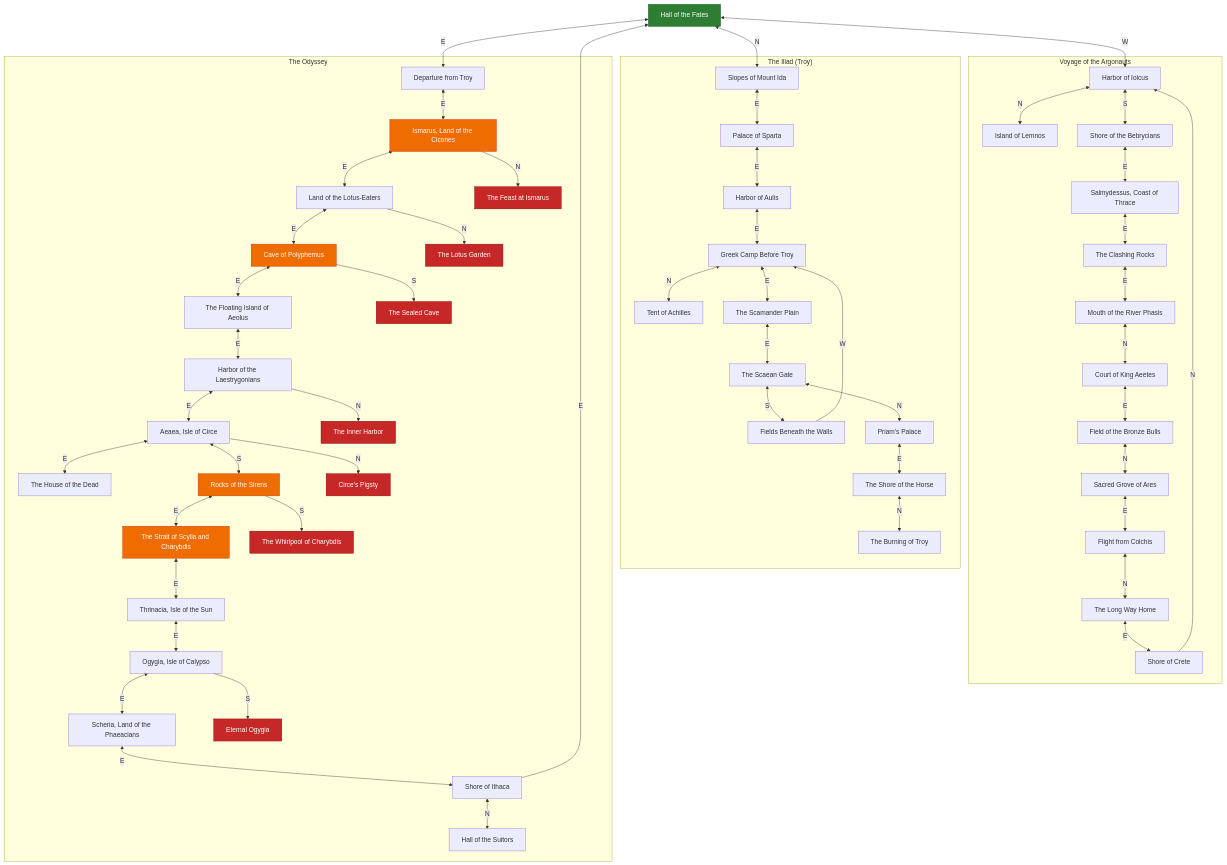
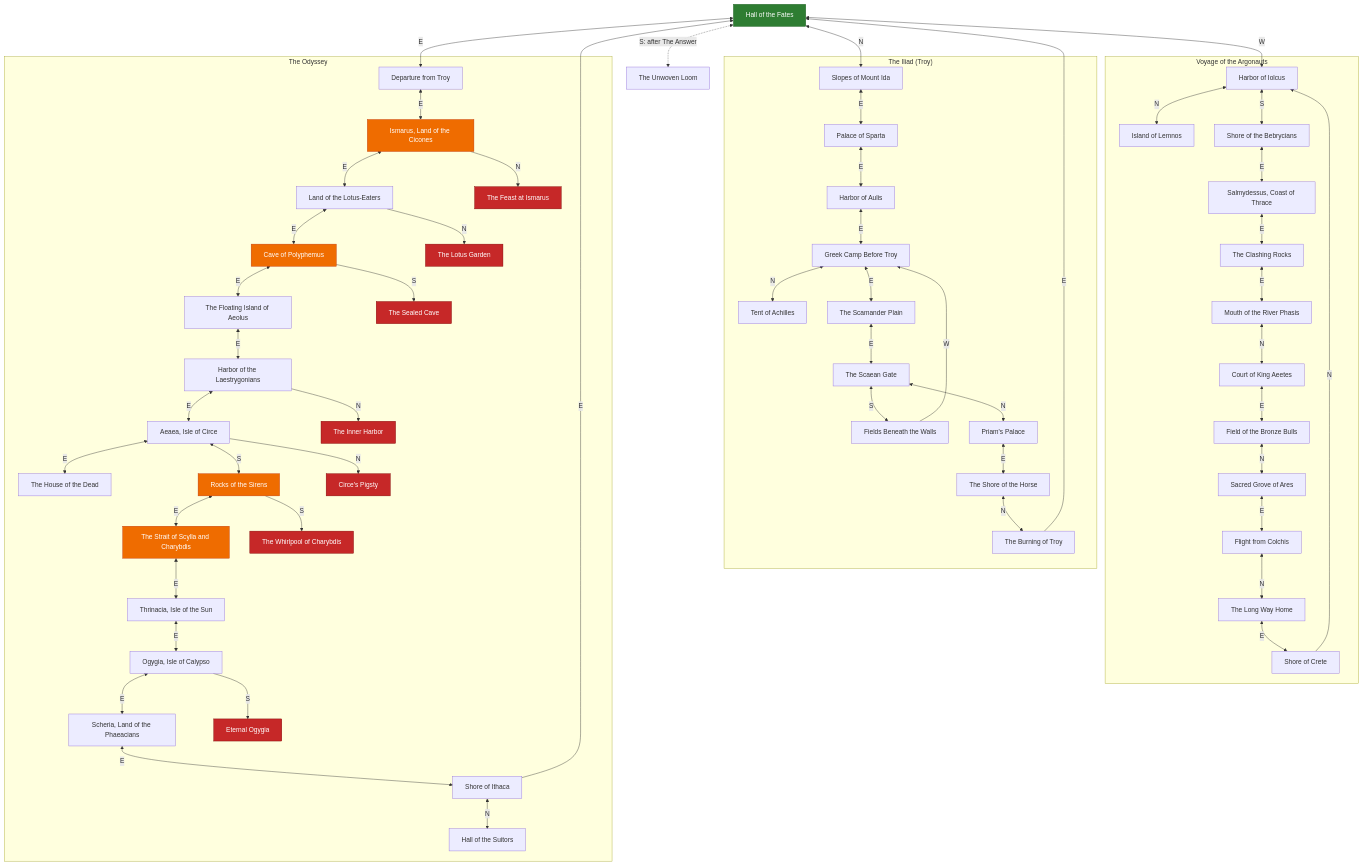
One commit to anju0618/The_Answer_Protocol changed the first of 2 diagrams in README.md. Above: the diagram before and after it, drawn with Mermaid. The commit also changed other lines of this file and 33 other files, not shown here.

````diff
--- a/README.md
+++ b/README.md
@@ -130,6 +130,7 @@
 ```mermaid
 flowchart TB
   hall_of_fates["Hall of the Fates"]
+  unwoven_loom["The Unwoven Loom"]
   subgraph argo_arc["Voyage of the Argonauts"]
     argo_iolcus["Harbor of Iolcus"]
     argo_lemnos["Island of Lemnos"]
@@ -184,6 +185,7 @@
   hall_of_fates <-->|E| ody_troy_shore
   hall_of_fates <-->|W| argo_iolcus
   hall_of_fates <-->|N| troy_ida
+  hall_of_fates <-.->|S: after The Answer| unwoven_loom
   argo_iolcus <-->|S| argo_bebrycia
   argo_iolcus <-->|N| argo_lemnos
   ody_troy_shore <-->|E| ody_cicones
@@ -228,6 +230,7 @@
   ody_calypso <-->|E| ody_phaeacia
   ody_phaeacia <-->|E| ody_ithaca_shore
   ody_ithaca_shore -->|E| hall_of_fates
+  troy_fall -->|E| hall_of_fates
   ody_ithaca_shore <-->|N| ody_palace
   classDef hub fill:#2e7d32,color:#fff,stroke:#1b5e20
   classDef hazard fill:#ef6c00,color:#fff,stroke:#bf360c
````
